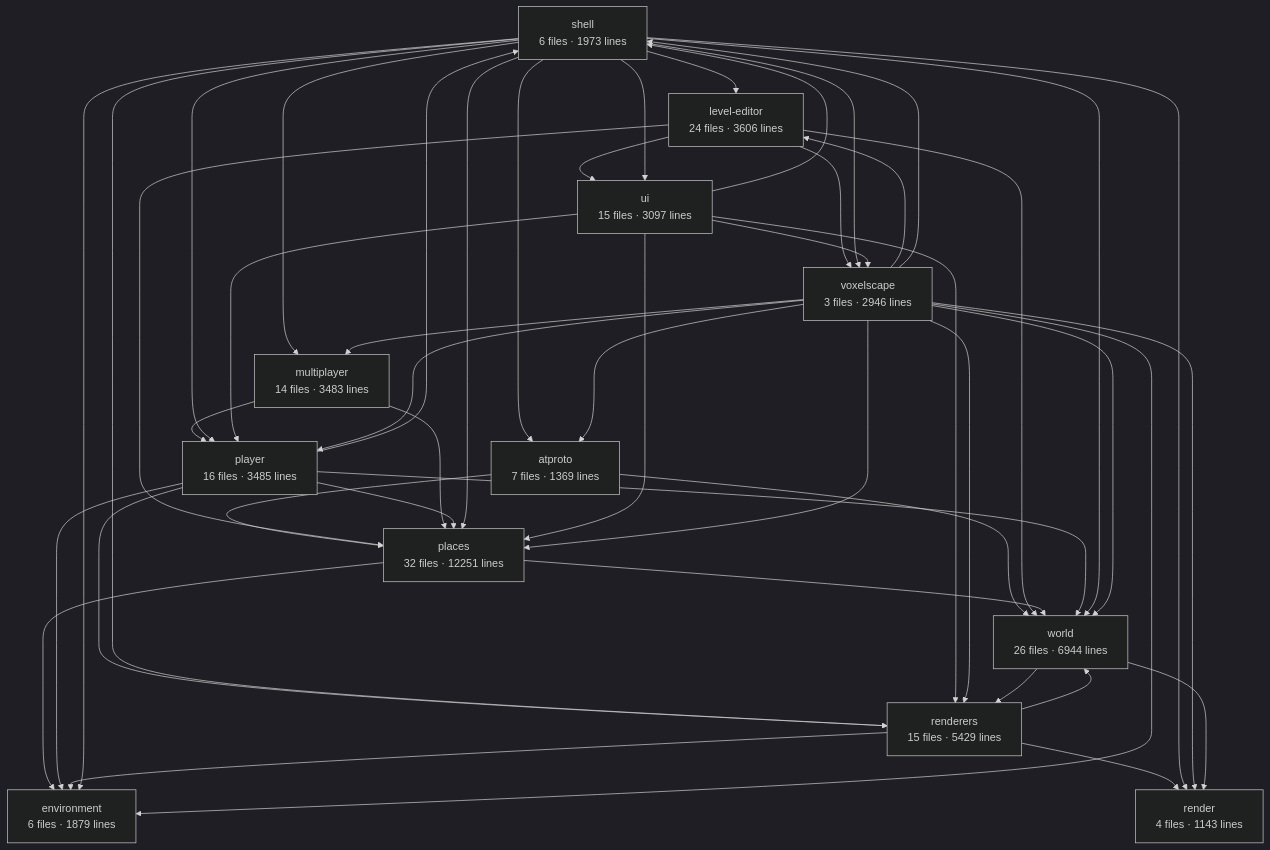
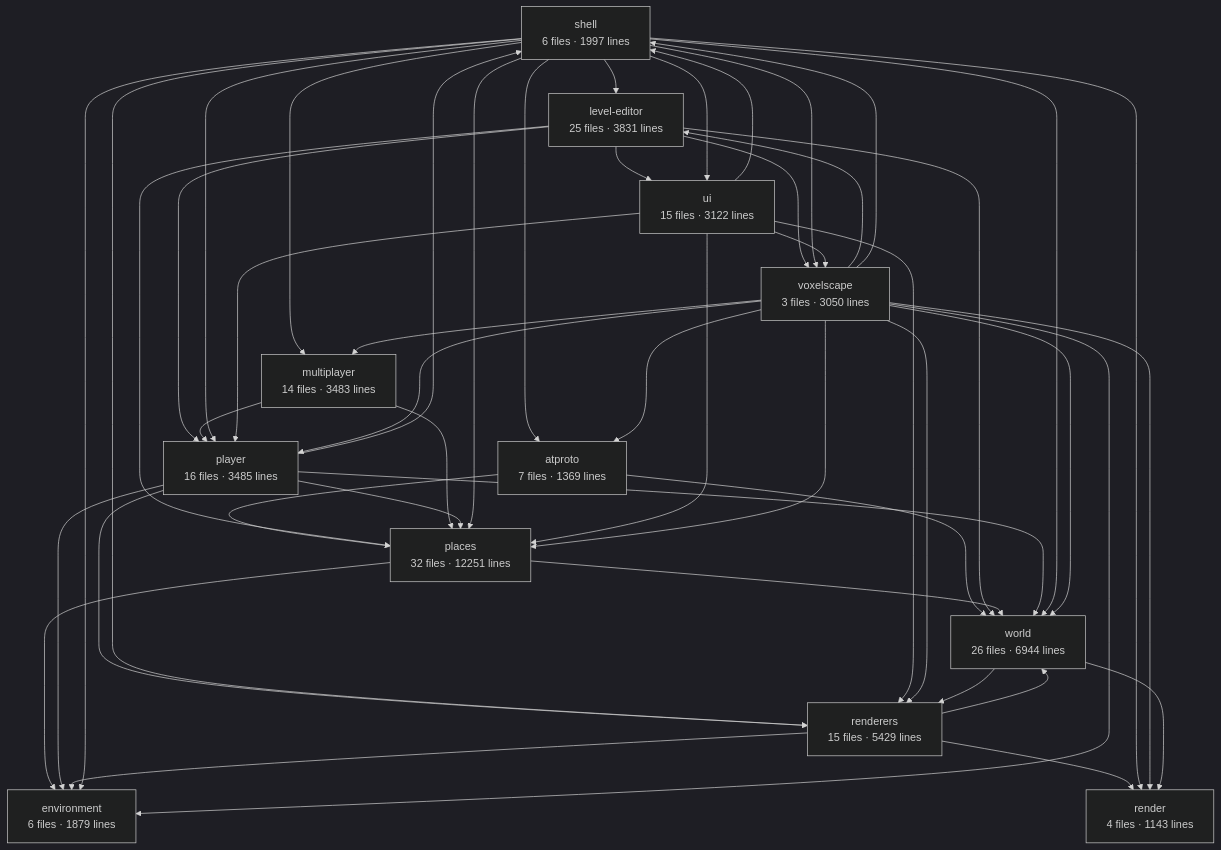
One commit to big-mesh-studios/big-mesh-studios changed the diagram in apps/voxelscape/docs/architecture.md. Above: the diagram before and after it, drawn with Mermaid (dark theme). The commit also changed other lines of this file and 15 other files, not shown here.

Commit message:
secondary camera style for level editor

````diff
--- a/apps/voxelscape/docs/architecture.md
+++ b/apps/voxelscape/docs/architecture.md
@@ -6,61 +6,62 @@
 ```mermaid
 graph TD
-  shell["shell<br/>6 files · 1973 lines"]
-  voxelscape["voxelscape<br/>3 files · 2946 lines"]
+  shell["shell<br/>6 files · 1997 lines"]
+  voxelscape["voxelscape<br/>3 files · 3050 lines"]
   world["world<br/>26 files · 6944 lines"]
   renderers["renderers<br/>15 files · 5429 lines"]
   render["render<br/>4 files · 1143 lines"]
   player["player<br/>16 files · 3485 lines"]
   multiplayer["multiplayer<br/>14 files · 3483 lines"]
   places["places<br/>32 files · 12251 lines"]
   environment["environment<br/>6 files · 1879 lines"]
   atproto["atproto<br/>7 files · 1369 lines"]
-  ui["ui<br/>15 files · 3097 lines"]
-  level-editor["level-editor<br/>24 files · 3606 lines"]
+  ui["ui<br/>15 files · 3122 lines"]
+  level-editor["level-editor<br/>25 files · 3831 lines"]
   atproto --> places
   atproto --> world
   level-editor --> places
+  level-editor --> player
   level-editor --> ui
   level-editor --> voxelscape
   level-editor --> world
   multiplayer --> places
   multiplayer --> player
   places --> environment
   places --> world
   player --> environment
   player --> places
   player --> renderers
   player --> shell
   player --> world
   renderers --> environment
   renderers --> render
   renderers --> world
   shell --> atproto
   shell --> environment
   shell --> level-editor
   shell --> multiplayer
   shell --> places
   shell --> player
   shell --> render
   shell --> renderers
   shell --> ui
   shell --> voxelscape
   shell --> world
   ui --> places
   ui --> player
   ui --> renderers
   ui --> shell
   ui --> voxelscape
   voxelscape --> atproto
   voxelscape --> environment
   voxelscape --> level-editor
   voxelscape --> multiplayer
   voxelscape --> places
   voxelscape --> player
   voxelscape --> render
   voxelscape --> renderers
   voxelscape --> shell
   voxelscape --> world
   world --> render
   world --> renderers
 ```
````
